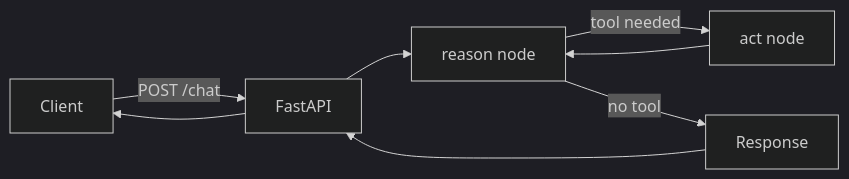
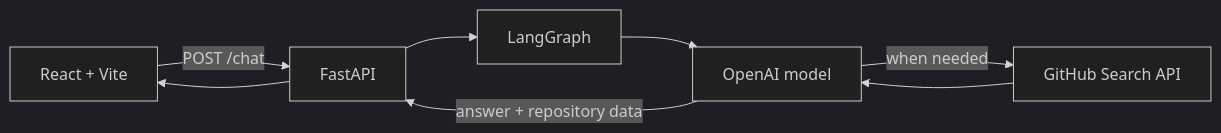
Before and after one commit to manthankro/pramanix: the diagram in README.md, drawn with Mermaid (dark theme). The commit also changed other lines of this file and 25 other files, not shown here.

Commit message:
Build real AI GitHub assistant and chat UI

````diff
--- a/README.md
+++ b/README.md
@@ -23,10 +24,10 @@
 ```mermaid
 flowchart LR
-    U[Client] -->|POST /chat| A[FastAPI]
-    A --> R[reason node]
-    R -->|tool needed| T[act node]
-    T --> R
-    R -->|no tool| E[Response]
-    E --> A
-    A --> U
+    B[React + Vite] -->|POST /chat| A[FastAPI]
+    A --> G[LangGraph]
+    G --> M[OpenAI model]
+    M -->|when needed| T[GitHub Search API]
+    T --> M
+    M -->|answer + repository data| A
+    A --> B
 ```
````
